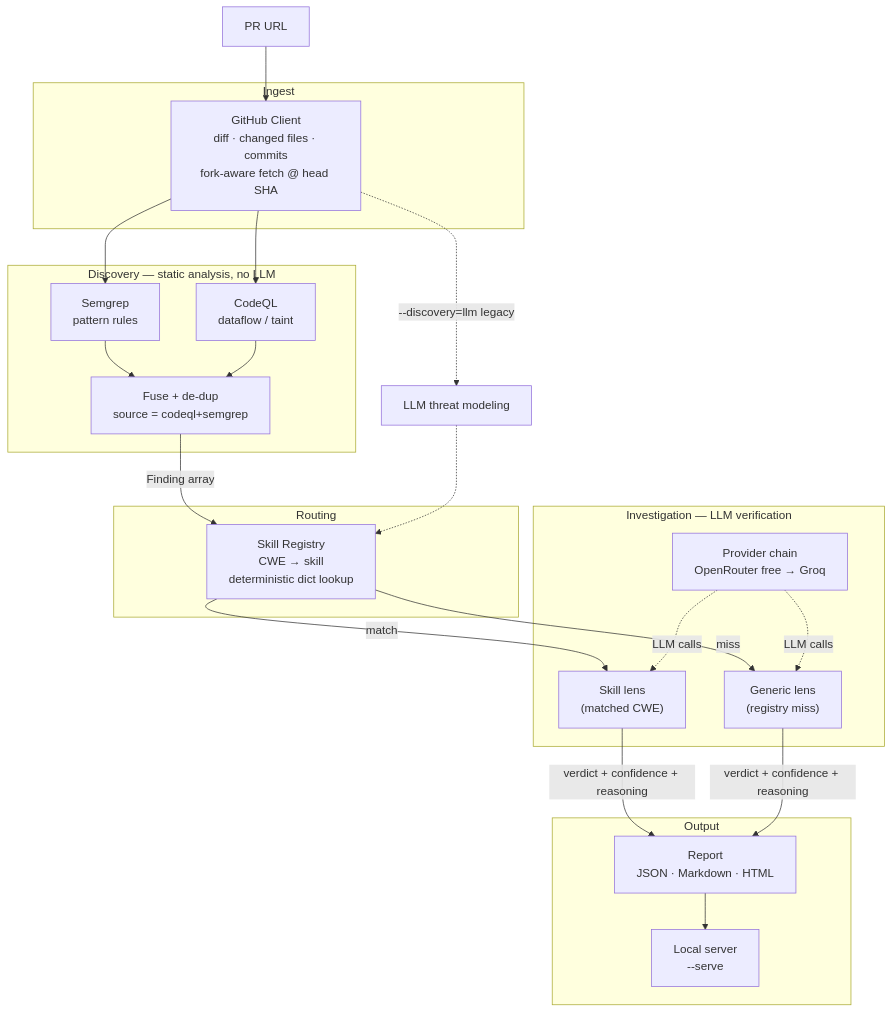
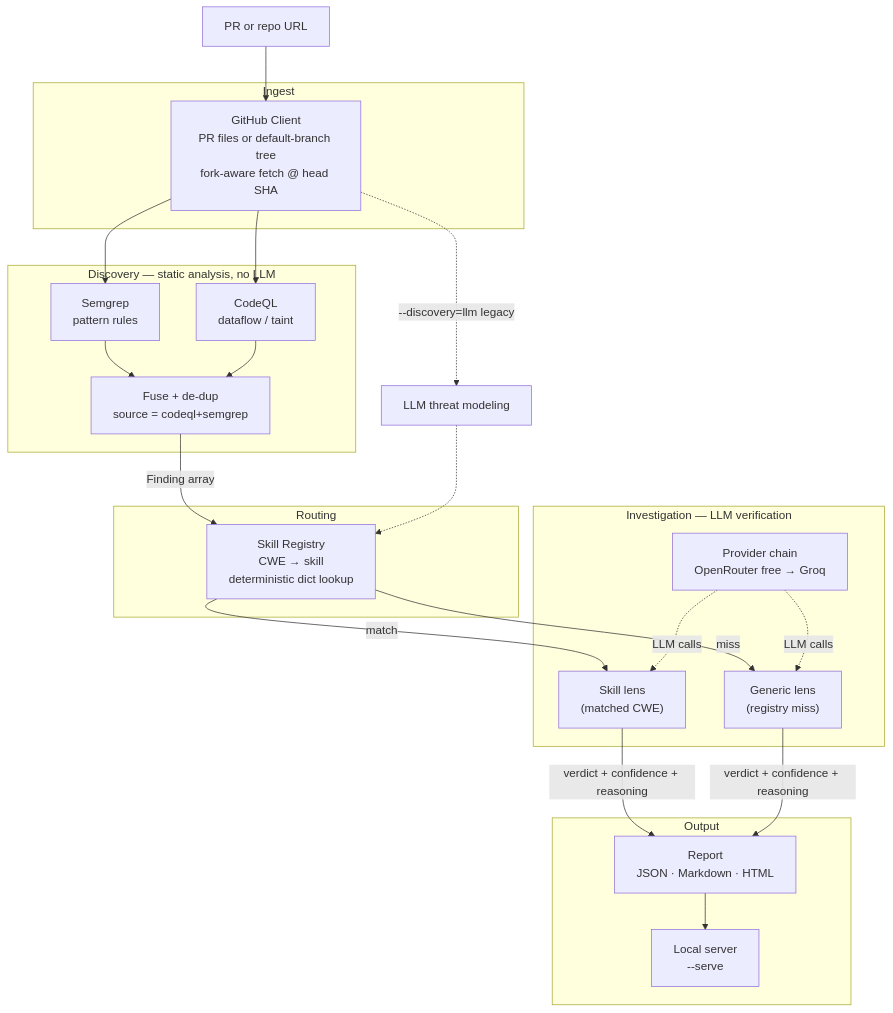
Before and after one commit to prasannasalunkhe18/ThreatLens: the first of 2 diagrams in README.md, drawn with Mermaid. The commit also changed other lines of this file, not shown here.

````diff
--- a/README.md
+++ b/README.md
@@ -22,45 +26,45 @@
 ```mermaid
 flowchart TB
-    PR[PR URL]
+    PR[PR or repo URL]
 
     subgraph ingest [Ingest]
-        GH["GitHub Client<br/>diff · changed files · commits<br/>fork-aware fetch @ head SHA"]
+        GH["GitHub Client<br/>PR files or default-branch tree<br/>fork-aware fetch @ head SHA"]
     end
 
     subgraph discovery ["Discovery — static analysis, no LLM"]
         SG["Semgrep<br/>pattern rules"]
         CQ["CodeQL<br/>dataflow / taint"]
         FU["Fuse + de-dup<br/>source = codeql+semgrep"]
     end
 
     subgraph route [Routing]
         REG["Skill Registry<br/>CWE → skill<br/>deterministic dict lookup"]
     end
 
     subgraph investigate ["Investigation — LLM verification"]
         SK["Skill lens<br/>(matched CWE)"]
         GN["Generic lens<br/>(registry miss)"]
         PROV["Provider chain<br/>OpenRouter free → Groq"]
     end
 
     subgraph output [Output]
         RPT["Report<br/>JSON · Markdown · HTML"]
         SRV["Local server<br/>--serve"]
     end
 
     PR --> GH
     GH --> SG
     GH --> CQ
     GH -.->|--discovery=llm legacy| LLMTM["LLM threat modeling"]
     SG --> FU
     CQ --> FU
     FU -->|Finding array| REG
     LLMTM -.-> REG
     REG -->|match| SK
     REG -->|miss| GN
     PROV -.LLM calls.-> SK
     PROV -.LLM calls.-> GN
     SK -->|verdict + confidence + reasoning| RPT
     GN -->|verdict + confidence + reasoning| RPT
     RPT --> SRV
 ```
````
